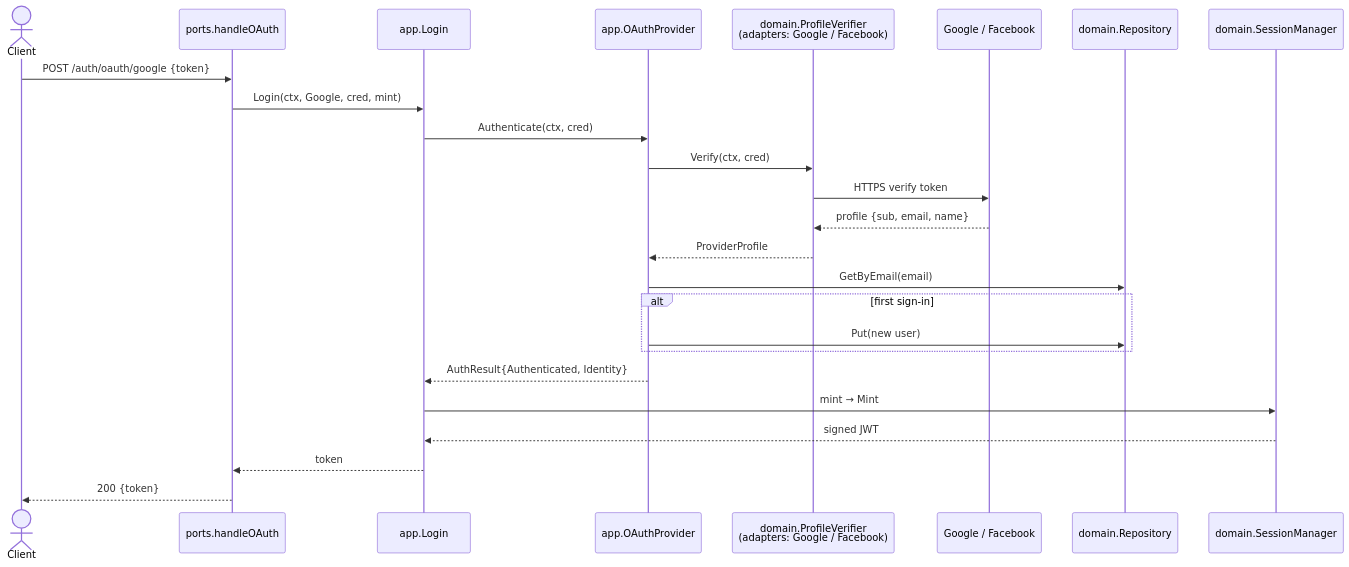
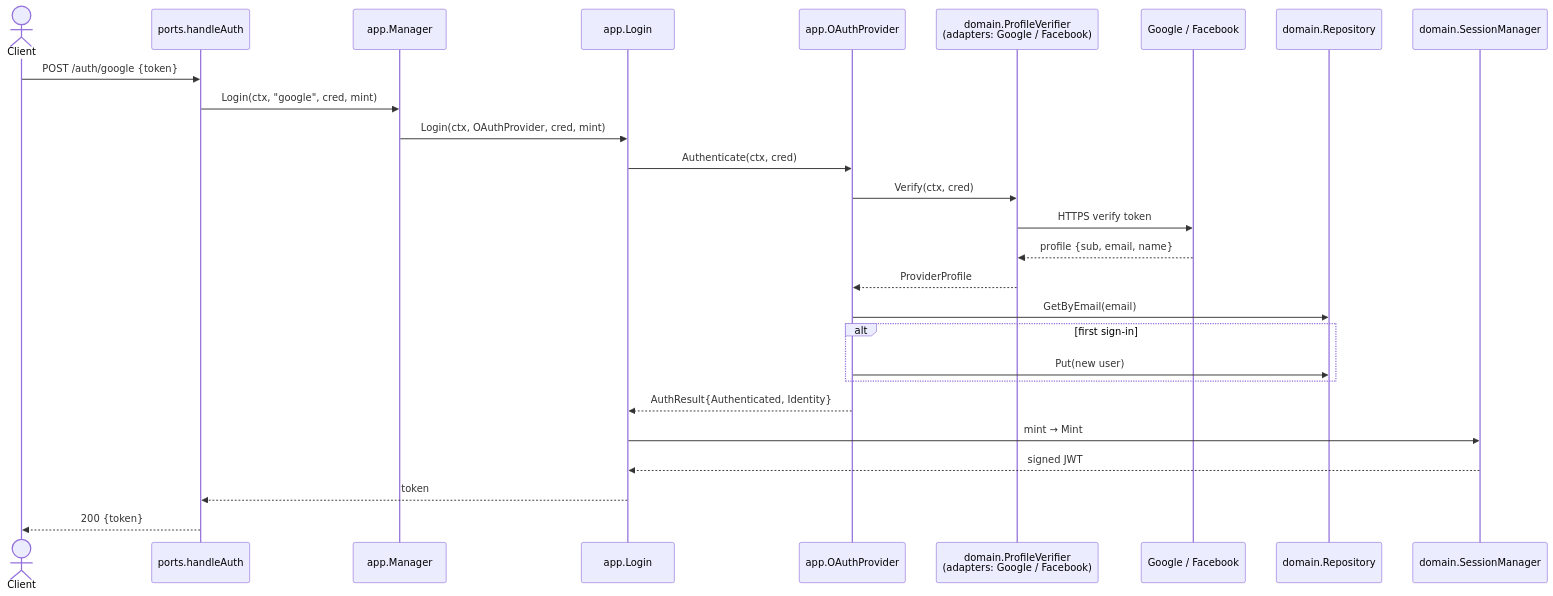
Before and after one commit to deedeeNg/FRPG: the fourth of 5 diagrams in backend/ARCHITECTURE.md, drawn with Mermaid. The commit also changed other lines of this file and 1 other file, not shown here.

````diff
--- a/backend/ARCHITECTURE.md
+++ b/backend/ARCHITECTURE.md
@@ -167,28 +199,30 @@
 ```mermaid
 sequenceDiagram
   actor C as Client
-  participant H as ports.handleOAuth
+  participant H as ports.handleAuth
+  participant M as app.Manager
   participant L as app.Login
   participant O as app.OAuthProvider
   participant V as domain.ProfileVerifier<br/>(adapters: Google / Facebook)
   participant X as Google / Facebook
   participant R as domain.Repository
   participant S as domain.SessionManager
 
-  C->>H: POST /auth/oauth/google {token}
-  H->>L: Login(ctx, Google, cred, mint)
+  C->>H: POST /auth/google {token}
+  H->>M: Login(ctx, "google", cred, mint)
+  M->>L: Login(ctx, OAuthProvider, cred, mint)
   L->>O: Authenticate(ctx, cred)
   O->>V: Verify(ctx, cred)
   V->>X: HTTPS verify token
   X-->>V: profile {sub, email, name}
   V-->>O: ProviderProfile
   O->>R: GetByEmail(email)
   alt first sign-in
     O->>R: Put(new user)
   end
   O-->>L: AuthResult{Authenticated, Identity}
   L->>S: mint → Mint
   S-->>L: signed JWT
   L-->>H: token
   H-->>C: 200 {token}
 ```
````
